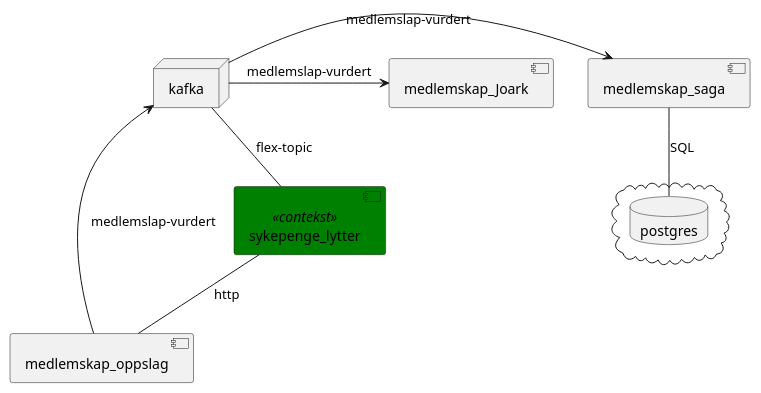
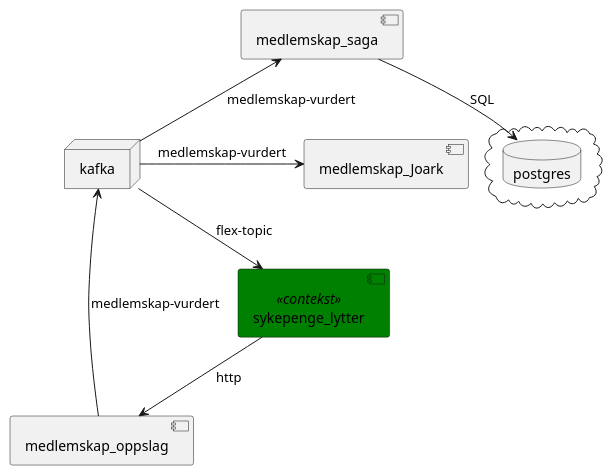
The diagram in plantUml/valueChain.puml (navikt/medlemskap-sykepengerlytter), drawn with PlantUML before and after one commit. The commit also changed 1 other file, not shown here.

```diff
--- a/plantUml/valueChain.puml
+++ b/plantUml/valueChain.puml
@@ -2,22 +2,22 @@
 @startuml
 
 node kafka $tag13
 cloud {
 database postgres
 }
 component medlemskap_saga
 component medlemskap_oppslag
 component medlemskap_Joark
 component sykepenge_lytter  <<contekst>>
 
-kafka -- sykepenge_lytter :flex-topic
-sykepenge_lytter -- medlemskap_oppslag :http
-kafka -> medlemskap_saga :medlemslap-vurdert
-kafka <- medlemskap_oppslag :medlemslap-vurdert
-kafka -> medlemskap_Joark :medlemslap-vurdert
-medlemskap_saga -- postgres : SQL
+kafka -down-> sykepenge_lytter :flex-topic
+sykepenge_lytter -down-> medlemskap_oppslag :http
+kafka -up-> medlemskap_saga :medlemskap-vurdert
+kafka <- medlemskap_oppslag :medlemskap-vurdert
+kafka -> medlemskap_Joark :medlemskap-vurdert
+medlemskap_saga -down-> postgres : SQL
 
 skinparam component {
     backgroundColor<<contekst>> green
 }
 @enduml
```
